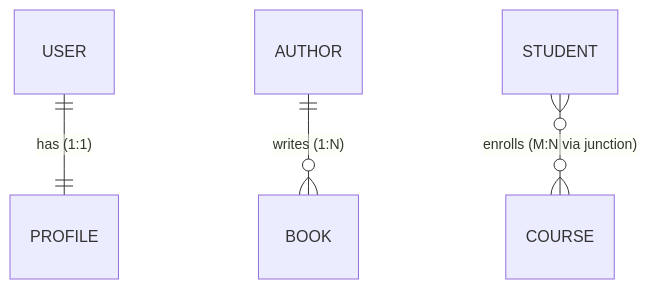
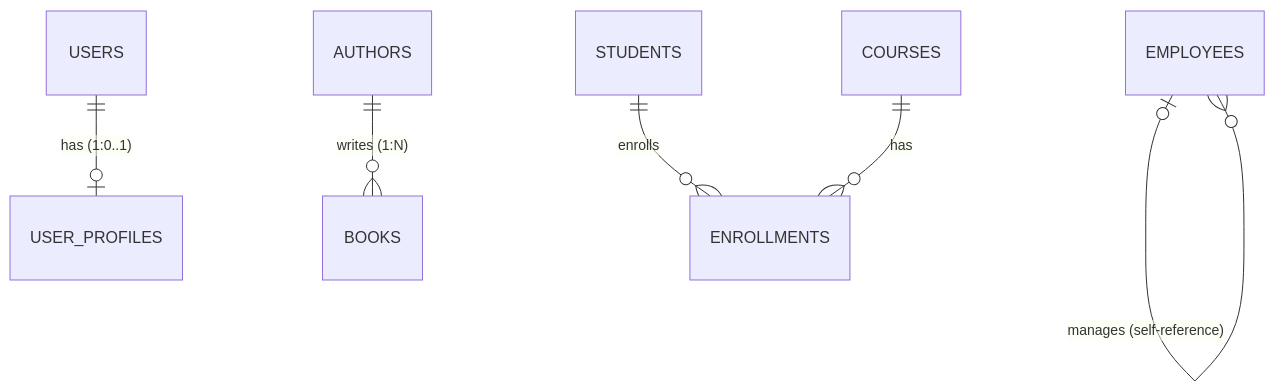
The third of 4 diagrams in github-pages/docs/technology/database-design/modeling.md (AndrewAltimit/Documentation), drawn with Mermaid before and after one commit. The commit also changed other lines of this file and 240 other files, not shown here.

````diff
--- a/github-pages/docs/technology/database-design/modeling.md
+++ b/github-pages/docs/technology/database-design/modeling.md
@@ -169,6 +220,8 @@
 ```mermaid
 erDiagram
-    USER ||--|| PROFILE : "has (1:1)"
-    AUTHOR ||--o{ BOOK : "writes (1:N)"
-    STUDENT }o--o{ COURSE : "enrolls (M:N via junction)"
+    USERS ||--o| USER_PROFILES : "has (1:0..1)"
+    AUTHORS ||--o{ BOOKS : "writes (1:N)"
+    STUDENTS ||--o{ ENROLLMENTS : enrolls
+    COURSES ||--o{ ENROLLMENTS : "has"
+    EMPLOYEES |o--o{ EMPLOYEES : "manages (self-reference)"
 ```
````
